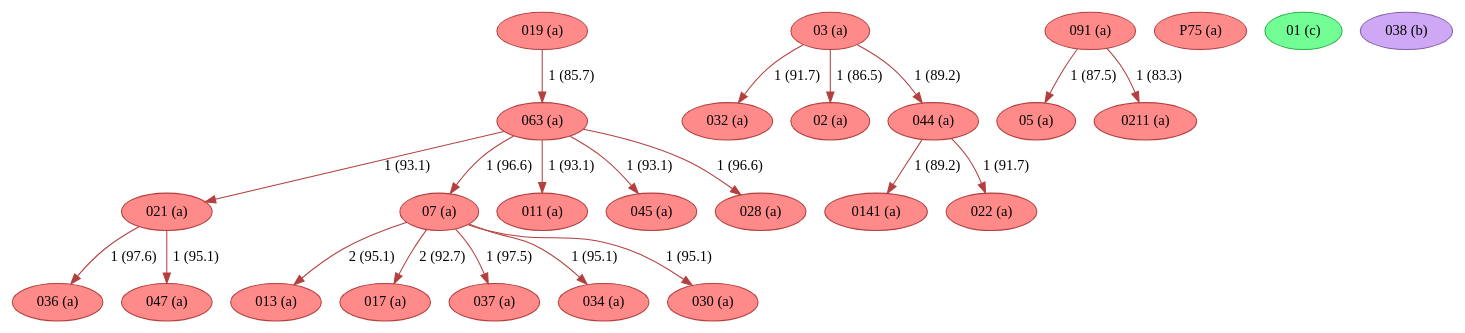
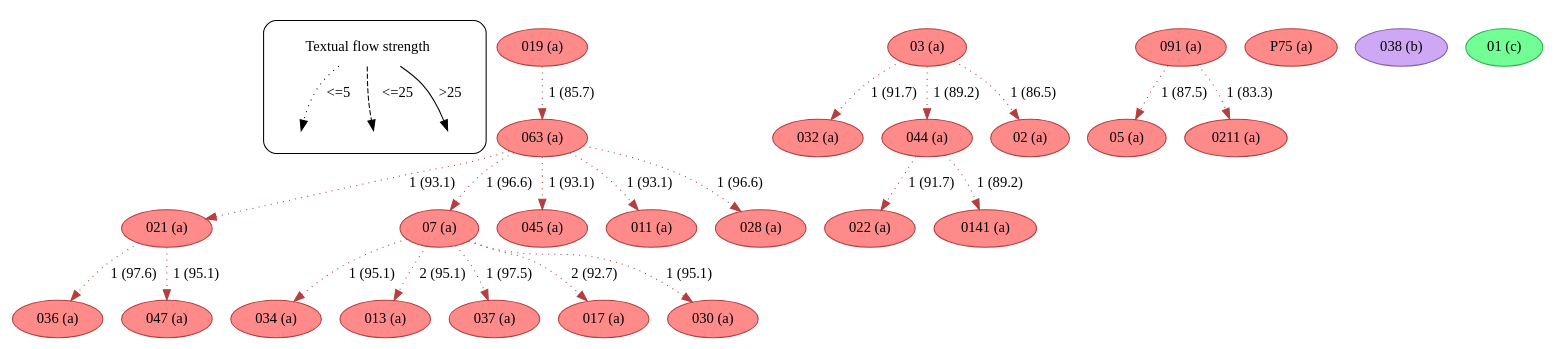
One commit to edmondac/CBGM changed the diagram in example/c2/textual_flow_22_88_c2.dot. Above: the diagram before and after it, drawn with Graphviz. The commit also changed 167 other files, not shown here.

```diff
--- a/example/c2/textual_flow_22_88_c2.dot
+++ b/example/c2/textual_flow_22_88_c2.dot
@@ -1,48 +1,190 @@
-strict digraph G {
-"013 (a)" [fillcolor="#FF8A8A", color="#b43f3f", style=filled];
-"017 (a)" [fillcolor="#FF8A8A", color="#b43f3f", style=filled];
-"032 (a)" [fillcolor="#FF8A8A", color="#b43f3f", style=filled];
-"021 (a)" [fillcolor="#FF8A8A", color="#b43f3f", style=filled];
-"037 (a)" [fillcolor="#FF8A8A", color="#b43f3f", style=filled];
-"05 (a)" [fillcolor="#FF8A8A", color="#b43f3f", style=filled];
-"02 (a)" [fillcolor="#FF8A8A", color="#b43f3f", style=filled];
-"036 (a)" [fillcolor="#FF8A8A", color="#b43f3f", style=filled];
-"07 (a)" [fillcolor="#FF8A8A", color="#b43f3f", style=filled];
-"03 (a)" [fillcolor="#FF8A8A", color="#b43f3f", style=filled];
-"P75 (a)" [fillcolor="#FF8A8A", color="#b43f3f", style=filled];
-"034 (a)" [fillcolor="#FF8A8A", color="#b43f3f", style=filled];
-"019 (a)" [fillcolor="#FF8A8A", color="#b43f3f", style=filled];
-"0141 (a)" [fillcolor="#FF8A8A", color="#b43f3f", style=filled];
-"0211 (a)" [fillcolor="#FF8A8A", color="#b43f3f", style=filled];
-"01 (c)" [fillcolor="#72FE95", color="#27b34a", style=filled];
-"011 (a)" [fillcolor="#FF8A8A", color="#b43f3f", style=filled];
-"045 (a)" [fillcolor="#FF8A8A", color="#b43f3f", style=filled];
-"063 (a)" [fillcolor="#FF8A8A", color="#b43f3f", style=filled];
-"030 (a)" [fillcolor="#FF8A8A", color="#b43f3f", style=filled];
-"028 (a)" [fillcolor="#FF8A8A", color="#b43f3f", style=filled];
-"091 (a)" [fillcolor="#FF8A8A", color="#b43f3f", style=filled];
-"022 (a)" [fillcolor="#FF8A8A", color="#b43f3f", style=filled];
-"038 (b)" [fillcolor="#CEA8F4", color="#835da9", style=filled];
-"047 (a)" [fillcolor="#FF8A8A", color="#b43f3f", style=filled];
-"044 (a)" [fillcolor="#FF8A8A", color="#b43f3f", style=filled];
-"021 (a)" -> "036 (a)"  [color="#b43f3f", label="1 (97.6)"];
-"021 (a)" -> "047 (a)"  [color="#b43f3f", label="1 (95.1)"];
-"07 (a)" -> "013 (a)"  [color="#b43f3f", label="2 (95.1)"];
-"07 (a)" -> "017 (a)"  [color="#b43f3f", label="2 (92.7)"];
-"07 (a)" -> "037 (a)"  [color="#b43f3f", label="1 (97.5)"];
-"07 (a)" -> "030 (a)"  [color="#b43f3f", label="1 (95.1)"];
-"07 (a)" -> "034 (a)"  [color="#b43f3f", label="1 (95.1)"];
-"03 (a)" -> "044 (a)"  [color="#b43f3f", label="1 (89.2)"];
-"03 (a)" -> "032 (a)"  [color="#b43f3f", label="1 (91.7)"];
-"03 (a)" -> "02 (a)"  [color="#b43f3f", label="1 (86.5)"];
-"019 (a)" -> "063 (a)"  [color="#b43f3f", label="1 (85.7)"];
-"063 (a)" -> "045 (a)"  [color="#b43f3f", label="1 (93.1)"];
-"063 (a)" -> "028 (a)"  [color="#b43f3f", label="1 (96.6)"];
-"063 (a)" -> "011 (a)"  [color="#b43f3f", label="1 (93.1)"];
-"063 (a)" -> "07 (a)"  [color="#b43f3f", label="1 (96.6)"];
-"063 (a)" -> "021 (a)"  [color="#b43f3f", label="1 (93.1)"];
-"091 (a)" -> "0211 (a)"  [color="#b43f3f", label="1 (83.3)"];
-"091 (a)" -> "05 (a)"  [color="#b43f3f", label="1 (87.5)"];
-"044 (a)" -> "022 (a)"  [color="#b43f3f", label="1 (91.7)"];
-"044 (a)" -> "0141 (a)"  [color="#b43f3f", label="1 (89.2)"];
+strict digraph  {
+	node [label="\N"];
+	subgraph cluster_legend {
+		graph [style=rounded];
+		leg_s		 [label="Textual flow strength",
+			shape=plaintext];
+		leg_e1		 [fixedsize=True,
+			height=0.2,
+			label="",
+			style=invis];
+		leg_s -> leg_e1		 [label="<=5  ",
+			style=dotted];
+		leg_e2		 [fixedsize=True,
+			height=0.2,
+			label="",
+			style=invis];
+		leg_s -> leg_e2		 [label="  <=25",
+			style=dashed];
+		leg_e3		 [fixedsize=True,
+			height=0.2,
+			label="",
+			style=invis];
+		leg_s -> leg_e3		 [label=">25",
+			style=solid];
+	}
+	021	 [color="#b43f3f",
+		fillcolor="#FF8A8A",
+		label="021 (a)",
+		style=filled];
+	036	 [color="#b43f3f",
+		fillcolor="#FF8A8A",
+		label="036 (a)",
+		style=filled];
+	021 -> 036	 [color="#b43f3f",
+		label="1 (97.6)",
+		style=dotted];
+	047	 [color="#b43f3f",
+		fillcolor="#FF8A8A",
+		label="047 (a)",
+		style=filled];
+	021 -> 047	 [color="#b43f3f",
+		label="1 (95.1)",
+		style=dotted];
+	03	 [color="#b43f3f",
+		fillcolor="#FF8A8A",
+		label="03 (a)",
+		style=filled];
+	032	 [color="#b43f3f",
+		fillcolor="#FF8A8A",
+		label="032 (a)",
+		style=filled];
+	03 -> 032	 [color="#b43f3f",
+		label="1 (91.7)",
+		style=dotted];
+	044	 [color="#b43f3f",
+		fillcolor="#FF8A8A",
+		label="044 (a)",
+		style=filled];
+	03 -> 044	 [color="#b43f3f",
+		label="1 (89.2)",
+		style=dotted];
+	02	 [color="#b43f3f",
+		fillcolor="#FF8A8A",
+		label="02 (a)",
+		style=filled];
+	03 -> 02	 [color="#b43f3f",
+		label="1 (86.5)",
+		style=dotted];
+	07	 [color="#b43f3f",
+		fillcolor="#FF8A8A",
+		label="07 (a)",
+		style=filled];
+	034	 [color="#b43f3f",
+		fillcolor="#FF8A8A",
+		label="034 (a)",
+		style=filled];
+	07 -> 034	 [color="#b43f3f",
+		label="1 (95.1)",
+		style=dotted];
+	013	 [color="#b43f3f",
+		fillcolor="#FF8A8A",
+		label="013 (a)",
+		style=filled];
+	07 -> 013	 [color="#b43f3f",
+		label="2 (95.1)",
+		style=dotted];
+	037	 [color="#b43f3f",
+		fillcolor="#FF8A8A",
+		label="037 (a)",
+		style=filled];
+	07 -> 037	 [color="#b43f3f",
+		label="1 (97.5)",
+		style=dotted];
+	017	 [color="#b43f3f",
+		fillcolor="#FF8A8A",
+		label="017 (a)",
+		style=filled];
+	07 -> 017	 [color="#b43f3f",
+		label="2 (92.7)",
+		style=dotted];
+	030	 [color="#b43f3f",
+		fillcolor="#FF8A8A",
+		label="030 (a)",
+		style=filled];
+	07 -> 030	 [color="#b43f3f",
+		label="1 (95.1)",
+		style=dotted];
+	063	 [color="#b43f3f",
+		fillcolor="#FF8A8A",
+		label="063 (a)",
+		style=filled];
+	063 -> 021	 [color="#b43f3f",
+		label="1 (93.1)",
+		style=dotted];
+	063 -> 07	 [color="#b43f3f",
+		label="1 (96.6)",
+		style=dotted];
+	045	 [color="#b43f3f",
+		fillcolor="#FF8A8A",
+		label="045 (a)",
+		style=filled];
+	063 -> 045	 [color="#b43f3f",
+		label="1 (93.1)",
+		style=dotted];
+	011	 [color="#b43f3f",
+		fillcolor="#FF8A8A",
+		label="011 (a)",
+		style=filled];
+	063 -> 011	 [color="#b43f3f",
+		label="1 (93.1)",
+		style=dotted];
+	028	 [color="#b43f3f",
+		fillcolor="#FF8A8A",
+		label="028 (a)",
+		style=filled];
+	063 -> 028	 [color="#b43f3f",
+		label="1 (96.6)",
+		style=dotted];
+	091	 [color="#b43f3f",
+		fillcolor="#FF8A8A",
+		label="091 (a)",
+		style=filled];
+	05	 [color="#b43f3f",
+		fillcolor="#FF8A8A",
+		label="05 (a)",
+		style=filled];
+	091 -> 05	 [color="#b43f3f",
+		label="1 (87.5)",
+		style=dotted];
+	0211	 [color="#b43f3f",
+		fillcolor="#FF8A8A",
+		label="0211 (a)",
+		style=filled];
+	091 -> 0211	 [color="#b43f3f",
+		label="1 (83.3)",
+		style=dotted];
+	022	 [color="#b43f3f",
+		fillcolor="#FF8A8A",
+		label="022 (a)",
+		style=filled];
+	044 -> 022	 [color="#b43f3f",
+		label="1 (91.7)",
+		style=dotted];
+	0141	 [color="#b43f3f",
+		fillcolor="#FF8A8A",
+		label="0141 (a)",
+		style=filled];
+	044 -> 0141	 [color="#b43f3f",
+		label="1 (89.2)",
+		style=dotted];
+	019	 [color="#b43f3f",
+		fillcolor="#FF8A8A",
+		label="019 (a)",
+		style=filled];
+	019 -> 063	 [color="#b43f3f",
+		label="1 (85.7)",
+		style=dotted];
+	P75	 [color="#b43f3f",
+		fillcolor="#FF8A8A",
+		label="P75 (a)",
+		style=filled];
+	038	 [color="#835da9",
+		fillcolor="#CEA8F4",
+		label="038 (b)",
+		style=filled];
+	01	 [color="#27b34a",
+		fillcolor="#72FE95",
+		label="01 (c)",
+		style=filled];
 }
```
